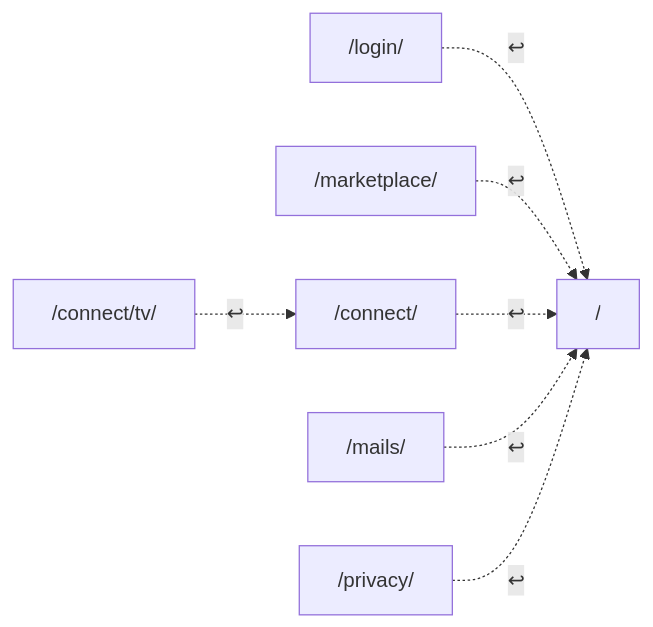
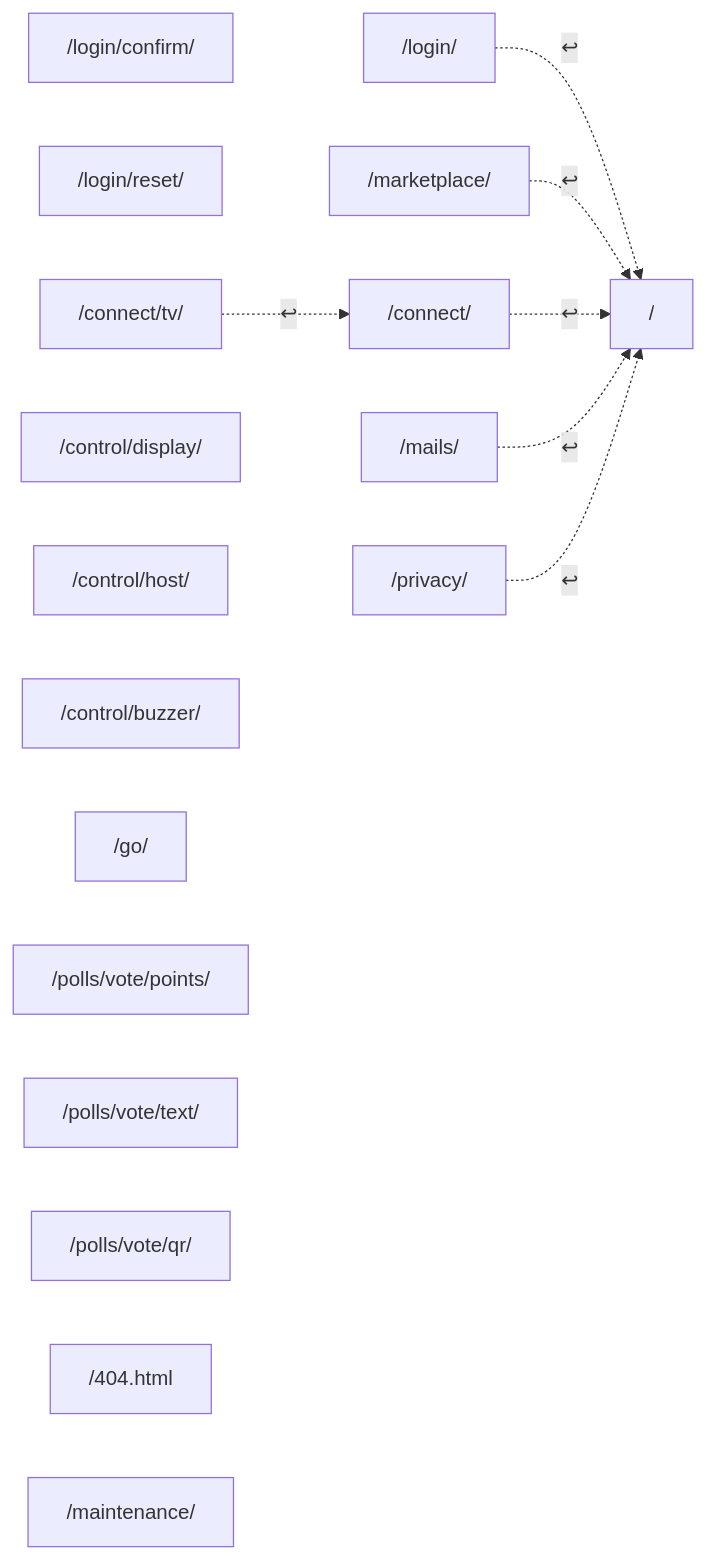
The fourth of 9 diagrams in docs/nawigacja-mapa-plan.md (Andrish97/familiada), drawn with Mermaid before and after one commit. The commit also changed other lines of this file and 8 other files, not shown here.

````diff
--- a/docs/nawigacja-mapa-plan.md
+++ b/docs/nawigacja-mapa-plan.md
@@ -611,16 +611,27 @@
 ```mermaid
 flowchart LR
   home["/"]
   login["/login/"]
+  loginConfirm["/login/confirm/"]
+  loginReset["/login/reset/"]
   marketplace["/marketplace/"]
   connectDevice["/connect/"]
   connectTv["/connect/tv/"]
+  controlDisplay["/control/display/"]
+  controlHost["/control/host/"]
+  controlBuzzer["/control/buzzer/"]
+  go["/go/"]
+  pollVotePoints["/polls/vote/points/"]
+  pollVoteText["/polls/vote/text/"]
+  pollVoteQr["/polls/vote/qr/"]
   mailCenter["/mails/"]
   privacy["/privacy/"]
+  notFound["/404.html"]
+  maintenance["/maintenance/"]
   login -.->|↩| home
   marketplace -.->|↩| home
   connectDevice -.->|↩| home
   connectTv -.->|↩| connectDevice
   mailCenter -.->|↩| home
   privacy -.->|↩| home
 ```
````
